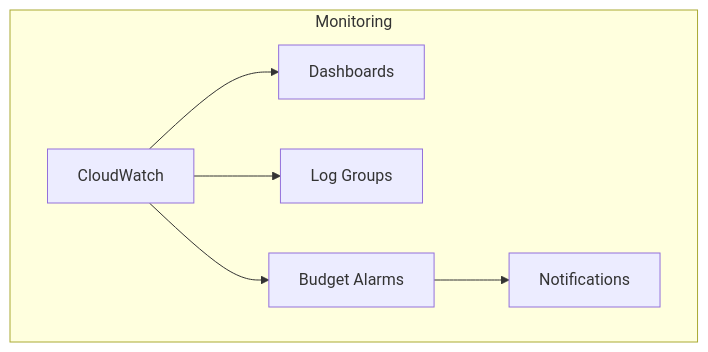
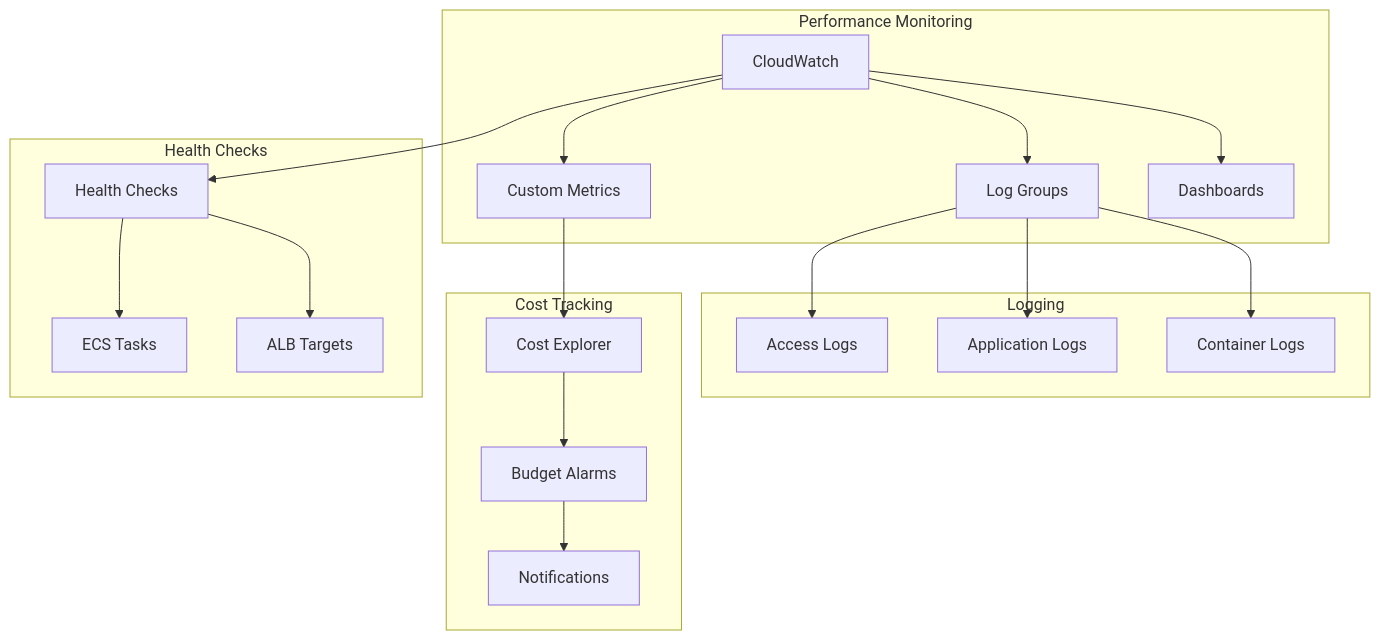
One commit to laialex501/lorechat-cdk changed the eighth of 8 diagrams in memory-bank/systemPatterns.md. Above: the diagram before and after it, drawn with Mermaid. The commit also changed other lines of this file and 7 other files, not shown here.

````diff
--- a/memory-bank/systemPatterns.md
+++ b/memory-bank/systemPatterns.md
@@ -208,9 +304,26 @@
 ```mermaid
 graph TD
-    subgraph "Monitoring"
+    subgraph "Performance Monitoring"
         CW[CloudWatch] --> Dash[Dashboards]
         CW --> Logs[Log Groups]
-        CW --> Alarms[Budget Alarms]
-        Alarms --> Not[Notifications]
+        CW --> Met[Custom Metrics]
+    end
+    
+    subgraph "Cost Tracking"
+        Met --> Cost[Cost Explorer]
+        Cost --> BA[Budget Alarms]
+        BA --> Not[Notifications]
+    end
+    
+    subgraph "Health Checks"
+        CW --> HC[Health Checks]
+        HC --> AL[ALB Targets]
+        HC --> Task[ECS Tasks]
+    end
+    
+    subgraph "Logging"
+        Logs --> Cont[Container Logs]
+        Logs --> App[Application Logs]
+        Logs --> Acc[Access Logs]
     end
 ```
````
